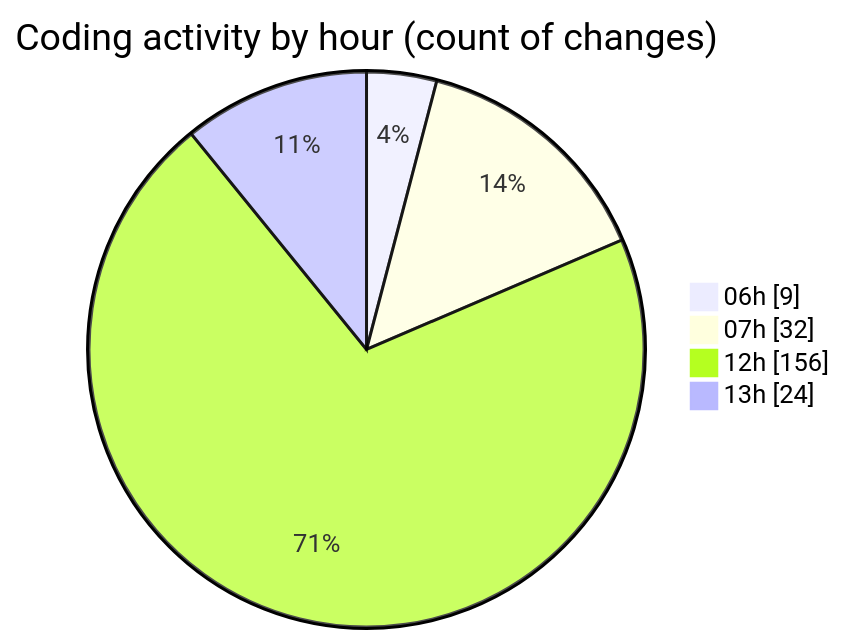
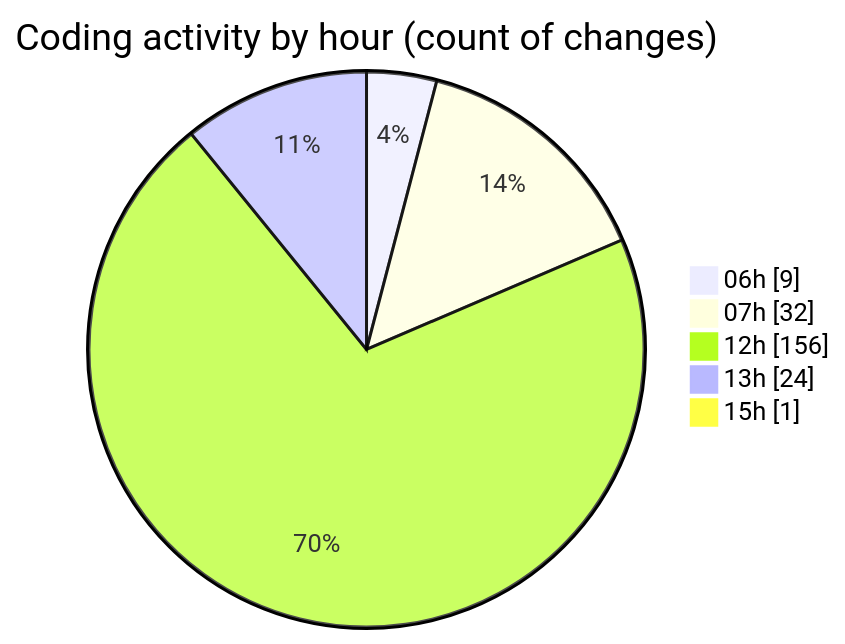
One commit to robertbonfada/code-tracking changed the second of 2 diagrams in 2025-02-18/mbc-web/README.md. Above: the diagram before and after it, drawn with Mermaid. The commit also changed other lines of this file and 1 other file, not shown here.

````diff
--- a/2025-02-18/mbc-web/README.md
+++ b/2025-02-18/mbc-web/README.md
@@ -143,8 +144,9 @@
 ```mermaid
 pie showData
 title Coding activity by hour (count of changes)
 "06h" : 9
 "07h" : 32
 "12h" : 156
 "13h" : 24
+"15h" : 1
 ```
````
